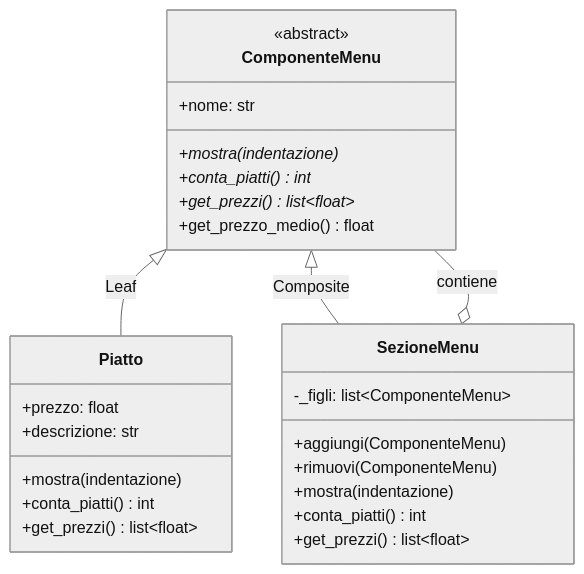
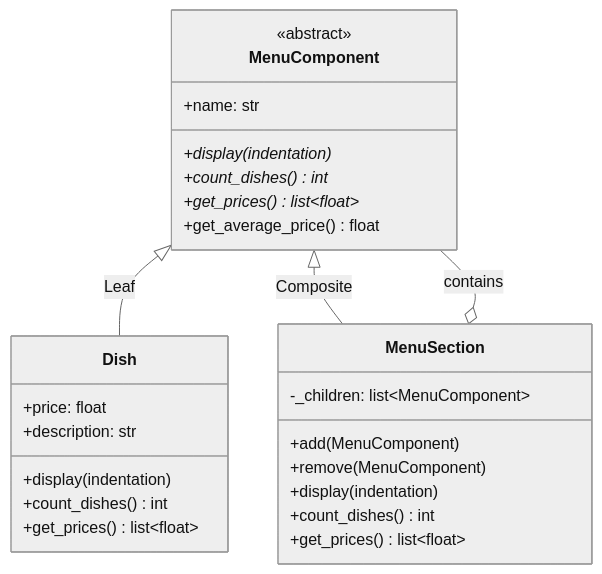
Before and after one commit to lucadileo9/design-pattern: the second of 3 diagrams in 02_structural/composite/README.md, drawn with Mermaid (neutral theme). The commit also changed other lines of this file and 43 other files, not shown here.

````diff
--- a/02_structural/composite/README.md
+++ b/02_structural/composite/README.md
@@ -55,30 +55,30 @@
 ```mermaid
 classDiagram
-    class ComponenteMenu {
+    class MenuComponent {
         <<abstract>>
-        +nome: str
-        +mostra(indentazione)*
-        +conta_piatti()* int
-        +get_prezzi()* list~float~
-        +get_prezzo_medio() float
+        +name: str
+        +display(indentation)*
+        +count_dishes()* int
+        +get_prices()* list~float~
+        +get_average_price() float
     }
-    class Piatto {
-        +prezzo: float
-        +descrizione: str
-        +mostra(indentazione)
-        +conta_piatti() int
-        +get_prezzi() list~float~
+    class Dish {
+        +price: float
+        +description: str
+        +display(indentation)
+        +count_dishes() int
+        +get_prices() list~float~
     }
-    class SezioneMenu {
-        -_figli: list~ComponenteMenu~
-        +aggiungi(ComponenteMenu)
-        +rimuovi(ComponenteMenu)
-        +mostra(indentazione)
-        +conta_piatti() int
-        +get_prezzi() list~float~
+    class MenuSection {
+        -_children: list~MenuComponent~
+        +add(MenuComponent)
+        +remove(MenuComponent)
+        +display(indentation)
+        +count_dishes() int
+        +get_prices() list~float~
     }
 
-    ComponenteMenu <|-- Piatto : Leaf
-    ComponenteMenu <|-- SezioneMenu : Composite
-    SezioneMenu o-- ComponenteMenu : contiene
+    MenuComponent <|-- Dish : Leaf
+    MenuComponent <|-- MenuSection : Composite
+    MenuSection o-- MenuComponent : contains
 ```
````
